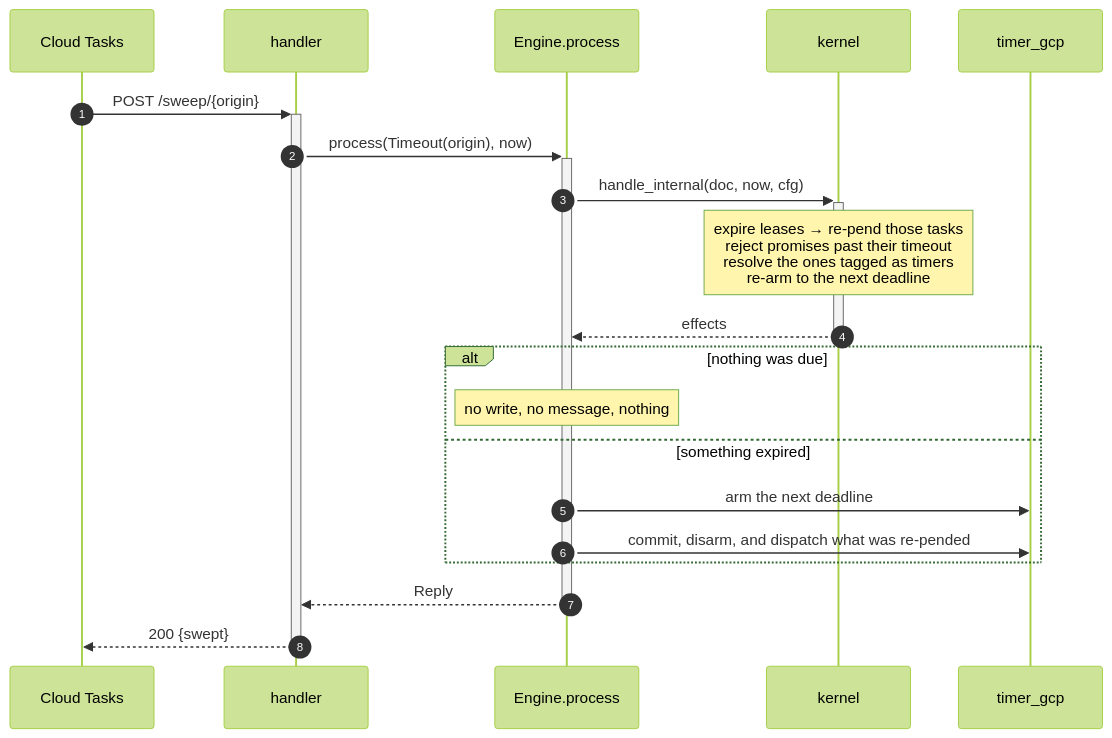
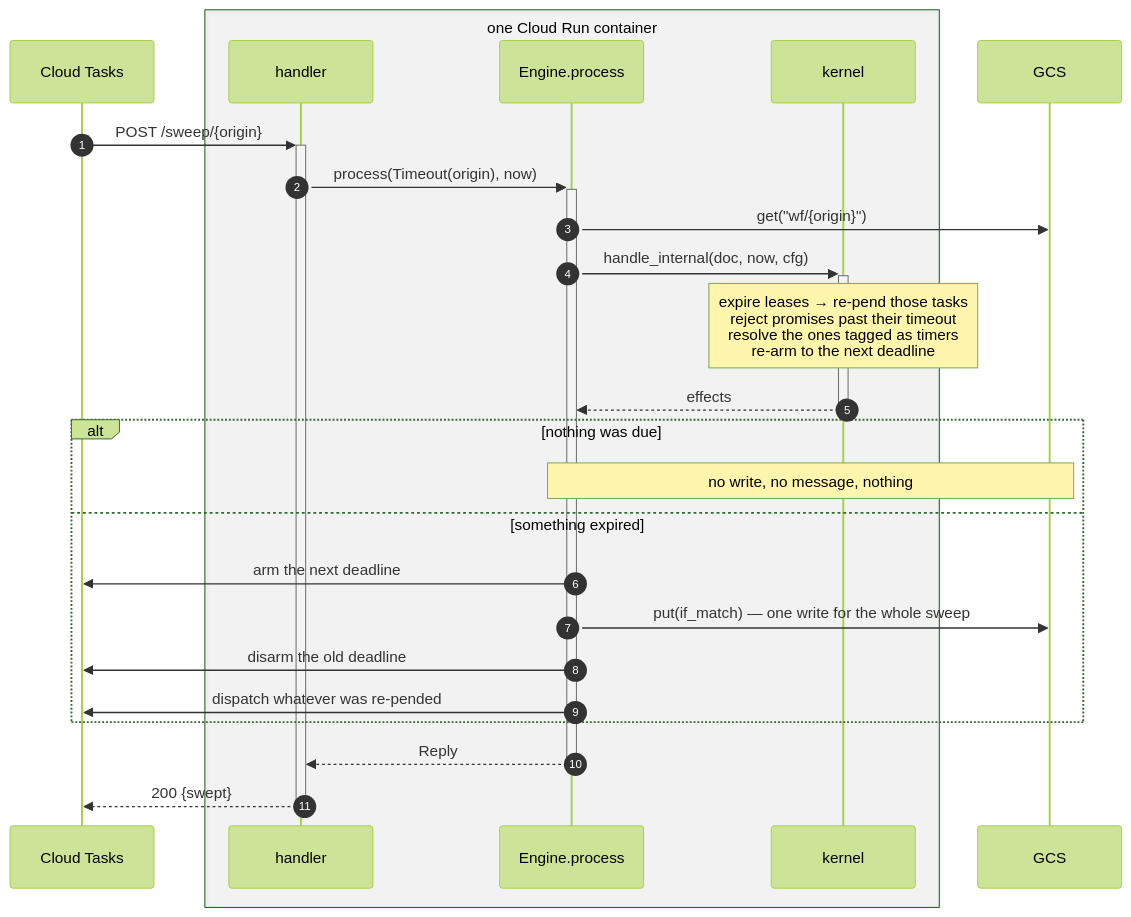
The fifth of 6 diagrams in code/final/SEQUENCE.md (resonatehq/durable-execution), drawn with Mermaid (forest theme) before and after one commit. The commit also changed other lines of this file, not shown here.

First line of the commit message:
final: say what each lifeline in SEQUENCE.md actually is

````diff
--- a/code/final/SEQUENCE.md
+++ b/code/final/SEQUENCE.md
@@ -189,24 +218,29 @@
 ```mermaid
 sequenceDiagram
     autonumber
     participant Q as Cloud Tasks
-    participant H as handler
-    participant E as Engine.process
-    participant K as kernel
-    participant T as timer_gcp
+    box rgba(128,128,128,0.08) one Cloud Run container
+        participant H as handler
+        participant E as Engine.process
+        participant K as kernel
+    end
+    participant S as GCS
 
     Q->>+H: POST /sweep/{origin}
     H->>+E: process(Timeout(origin), now)
+    E->>S: get("wf/{origin}")
     E->>+K: handle_internal(doc, now, cfg)
     Note over K: expire leases → re-pend those tasks<br/>reject promises past their timeout<br/>resolve the ones tagged as timers<br/>re-arm to the next deadline
     K-->>-E: effects
 
     alt nothing was due
-        Note over E: no write, no message, nothing
+        Note over E,S: no write, no message, nothing
     else something expired
-        E->>T: arm the next deadline
-        E->>T: commit, disarm, and dispatch what was re-pended
+        E->>Q: arm the next deadline
+        E->>S: put(if_match) — one write for the whole sweep
+        E->>Q: disarm the old deadline
+        E->>Q: dispatch whatever was re-pended
     end
     E-->>-H: Reply
     H-->>-Q: 200 {swept}
 ```
````
